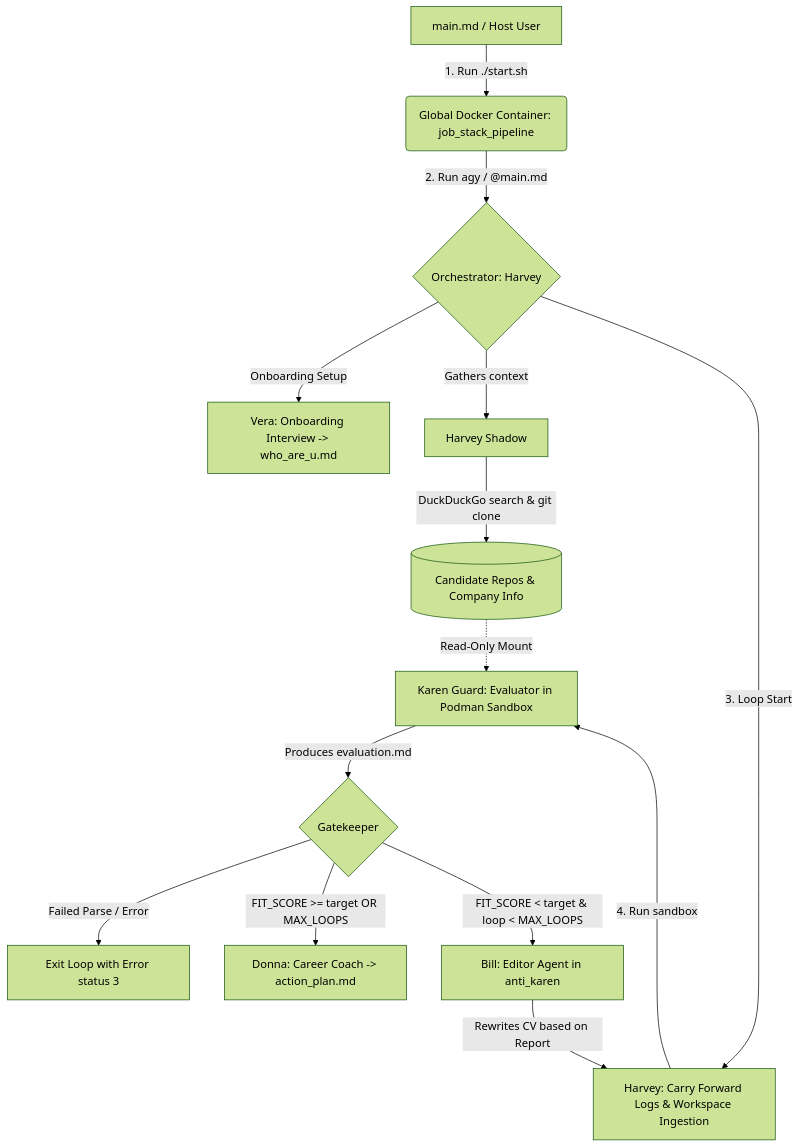
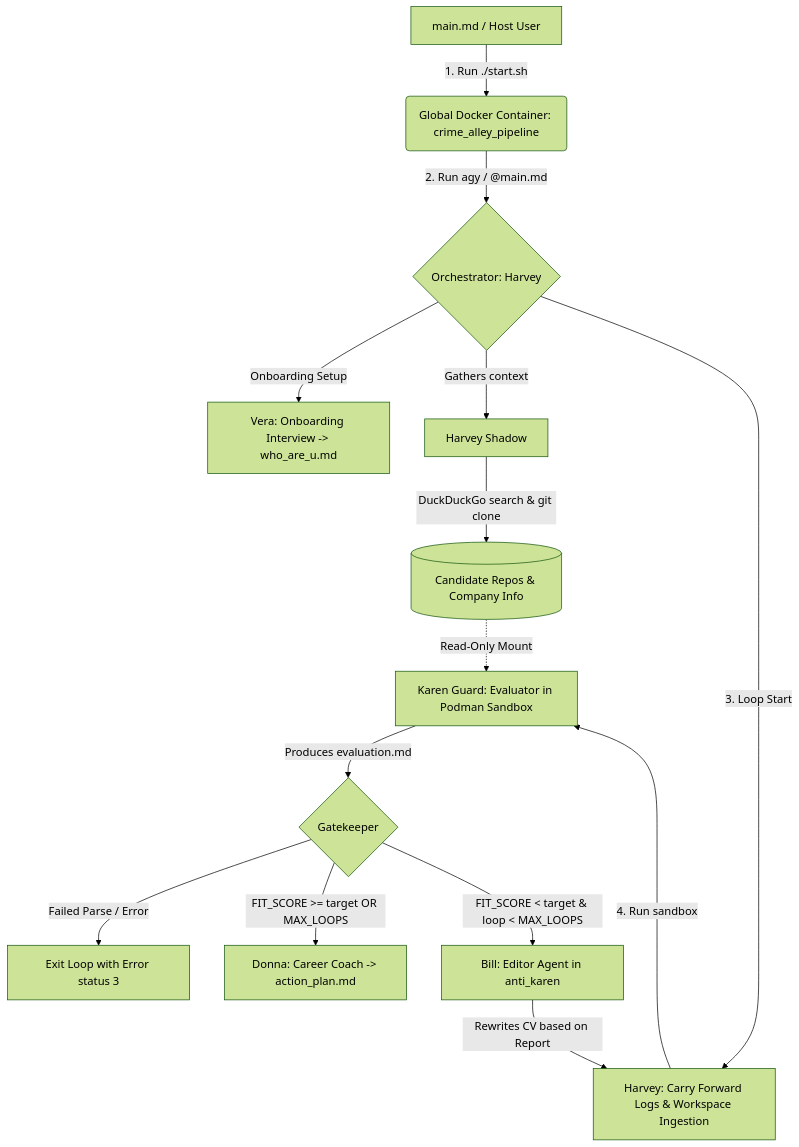
One commit to al4xdev/crime_alley_cv changed the diagram in README.md. Above: the diagram before and after it, drawn with Mermaid (forest theme). The commit also changed other lines of this file and 4 other files, not shown here.

Commit message:
Rename project to Crime Alley CV and update agent roster assets

````diff
--- a/README.md
+++ b/README.md
@@ -14,16 +14,16 @@
 ```mermaid
 graph TD
-    A[main.md / Host User] -->|1. Run ./start.sh| B(Global Docker Container: job_stack_pipeline)
+    A[main.md / Host User] -->|1. Run ./start.sh| B(Global Docker Container: crime_alley_pipeline)
     B -->|2. Run agy / @main.md| C{Orchestrator: Harvey}
     C -->|Onboarding Setup| D[Vera: Onboarding Interview -> who_are_u.md]
     C -->|Gathers context| E[Harvey Shadow]
     E -->|DuckDuckGo search & git clone| F[(Candidate Repos & Company Info)]
     C -->|3. Loop Start| G[Harvey: Carry Forward Logs & Workspace Ingestion]
     G -->|4. Run sandbox| H[Karen Guard: Evaluator in Podman Sandbox]
     F -.->|Read-Only Mount| H
     H -->|Produces evaluation.md| I{Gatekeeper}
     I -->|Failed Parse / Error| J[Exit Loop with Error status 3]
     I -->|FIT_SCORE >= target OR MAX_LOOPS| K[Donna: Career Coach -> action_plan.md]
     I -->|FIT_SCORE < target & loop < MAX_LOOPS| L[Bill: Editor Agent in anti_karen]
     L -->|Rewrites CV based on Report| G
 ```
````
